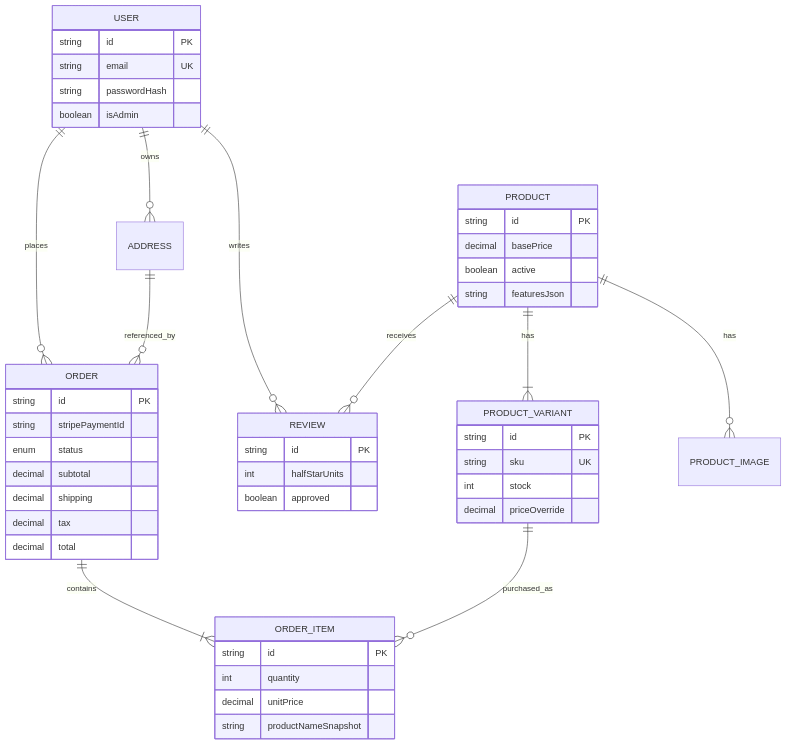
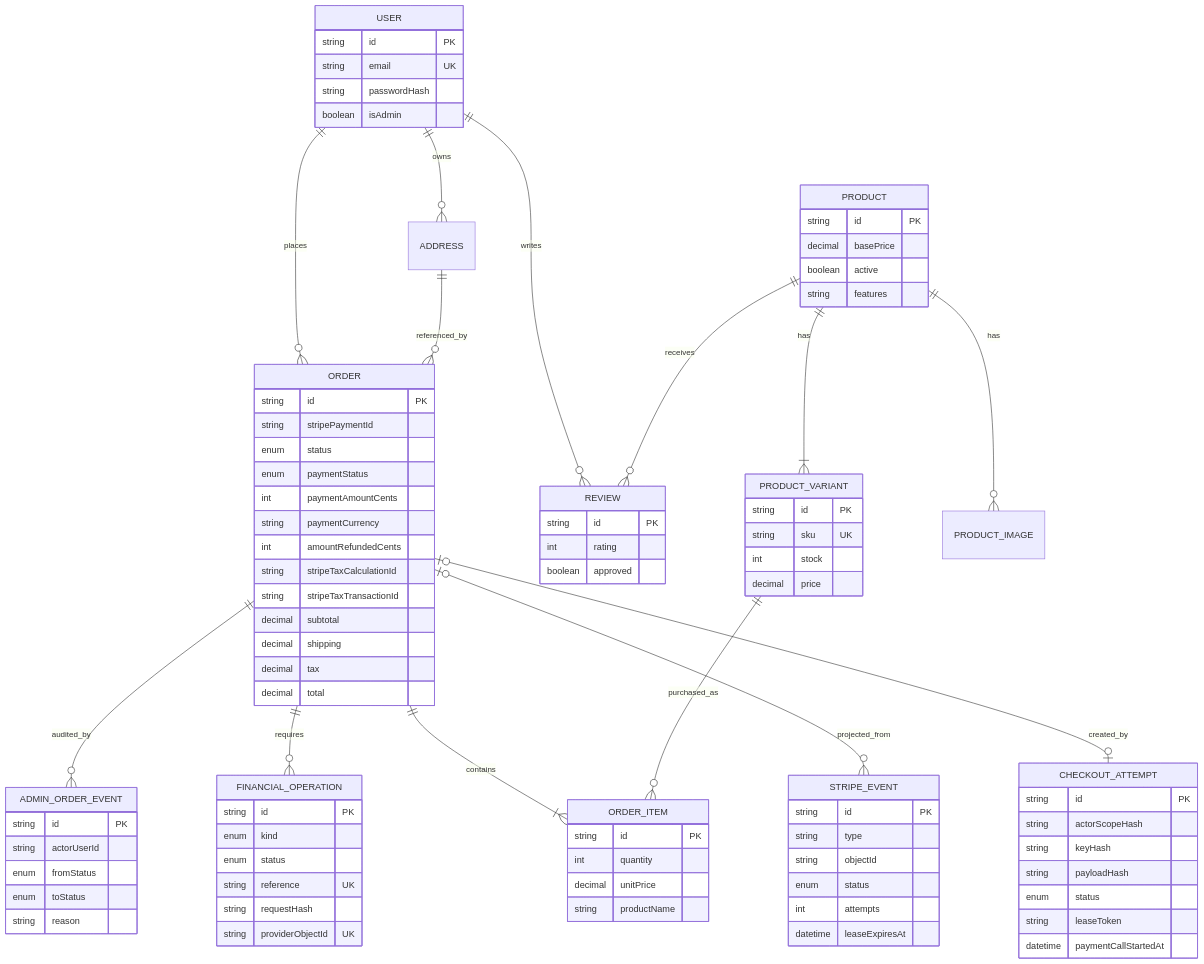
One commit to andenwick/friesian-ranchwear changed the first of 3 diagrams in docs/domain-model.md. Above: the diagram before and after it, drawn with Mermaid. The commit also changed other lines of this file and 62 other files, not shown here.

````diff
--- a/docs/domain-model.md
+++ b/docs/domain-model.md
@@ -25,6 +29,10 @@
     PRODUCT ||--o{ PRODUCT_IMAGE : has
     PRODUCT ||--o{ REVIEW : receives
     ORDER ||--|{ ORDER_ITEM : contains
+    ORDER o|--o| CHECKOUT_ATTEMPT : created_by
+    ORDER o|--o{ STRIPE_EVENT : projected_from
+    ORDER ||--o{ FINANCIAL_OPERATION : requires
+    ORDER ||--o{ ADMIN_ORDER_EVENT : audited_by
     PRODUCT_VARIANT ||--o{ ORDER_ITEM : purchased_as
 
     USER {
@@ -37,18 +45,24 @@
       string id PK
       decimal basePrice
       boolean active
-      string featuresJson
+      string features
     }
     PRODUCT_VARIANT {
       string id PK
       string sku UK
       int stock
-      decimal priceOverride
+      decimal price
     }
     ORDER {
       string id PK
       string stripePaymentId
       enum status
+      enum paymentStatus
+      int paymentAmountCents
+      string paymentCurrency
+      int amountRefundedCents
+      string stripeTaxCalculationId
+      string stripeTaxTransactionId
       decimal subtotal
       decimal shipping
       decimal tax
@@ -58,11 +72,43 @@
       string id PK
       int quantity
       decimal unitPrice
-      string productNameSnapshot
+      string productName
     }
     REVIEW {
       string id PK
-      int halfStarUnits
+      int rating
       boolean approved
     }
+    CHECKOUT_ATTEMPT {
+      string id PK
+      string actorScopeHash
+      string keyHash
+      string payloadHash
+      enum status
+      string leaseToken
+      datetime paymentCallStartedAt
+    }
+    STRIPE_EVENT {
+      string id PK
+      string type
+      string objectId
+      enum status
+      int attempts
+      datetime leaseExpiresAt
+    }
+    FINANCIAL_OPERATION {
+      string id PK
+      enum kind
+      enum status
+      string reference UK
+      string requestHash
+      string providerObjectId UK
+    }
+    ADMIN_ORDER_EVENT {
+      string id PK
+      string actorUserId
+      enum fromStatus
+      enum toStatus
+      string reason
+    }
 ```
````
